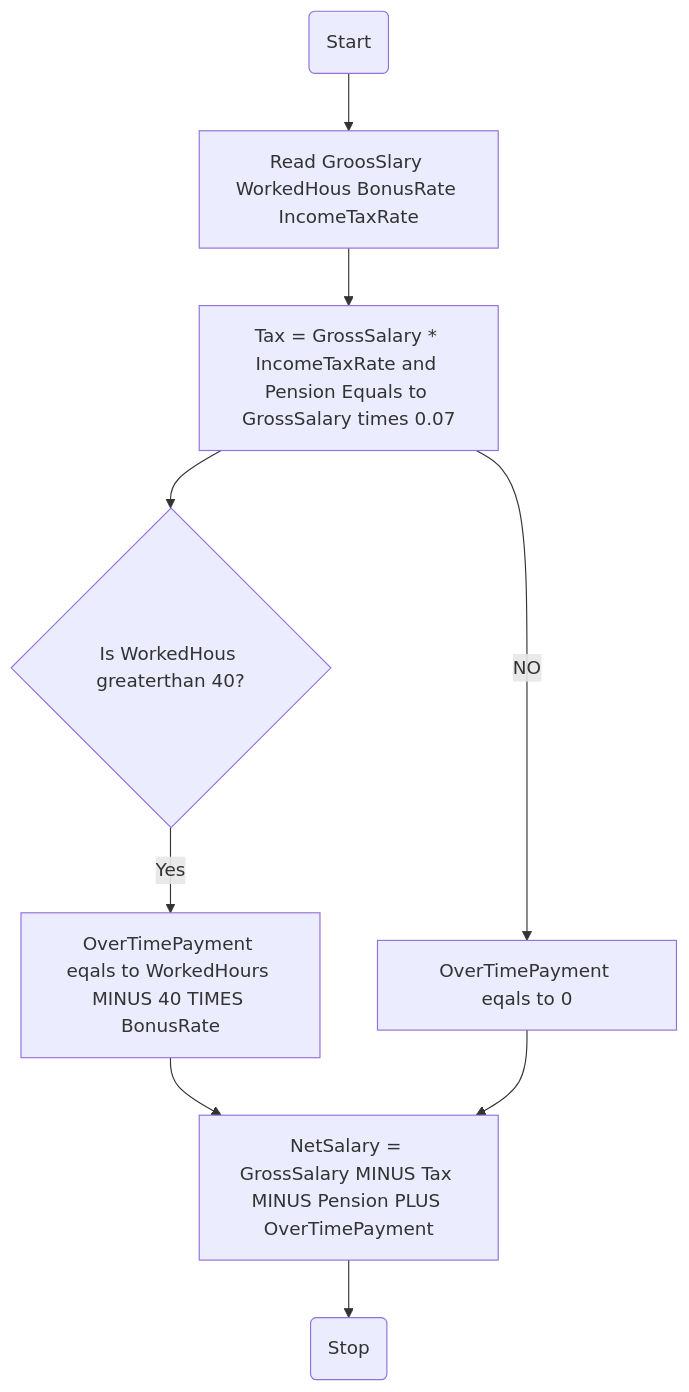
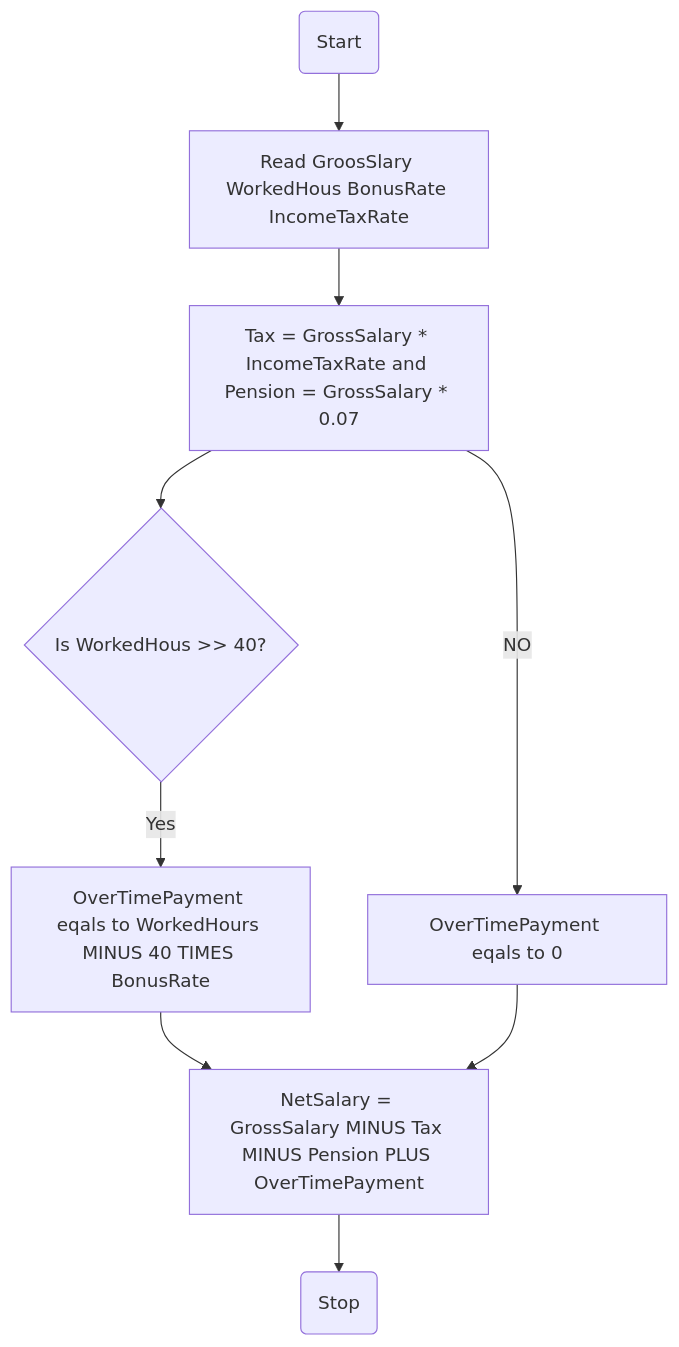
Before and after one commit to SWEG-2015EC-Batch/Code-Warrior: the diagram in ETS1351_15_Yabets_Maregn/income_calculator/flowchart.md, drawn with Mermaid.

Commit message:
flowchart.md

````diff
--- a/ETS1351_15_Yabets_Maregn/income_calculator/flowchart.md
+++ b/ETS1351_15_Yabets_Maregn/income_calculator/flowchart.md
@@ -1,11 +1,11 @@
 ```mermaid
 graph TD;
 A(Start) --> B[Read GroosSlary WorkedHous BonusRate IncomeTaxRate]
-B --> C[Tax = GrossSalary * IncomeTaxRate and Pension Equals to GrossSalary times 0.07]
-C --> D{Is WorkedHous greaterthan 40?}
+B --> C[Tax = GrossSalary * IncomeTaxRate and Pension = GrossSalary * 0.07]
+C --> D{Is WorkedHous >> 40?}
 D -- Yes --> E[OverTimePayment eqals to WorkedHours MINUS 40 TIMES BonusRate]
 E --> G[NetSalary = GrossSalary MINUS Tax MINUS Pension PLUS OverTimePayment ]
 C -- NO --> F[OverTimePayment eqals to 0]
 F --> G[NetSalary = GrossSalary MINUS Tax MINUS Pension PLUS OverTimePayment ]
 G --> H(Stop)
 ```
````
